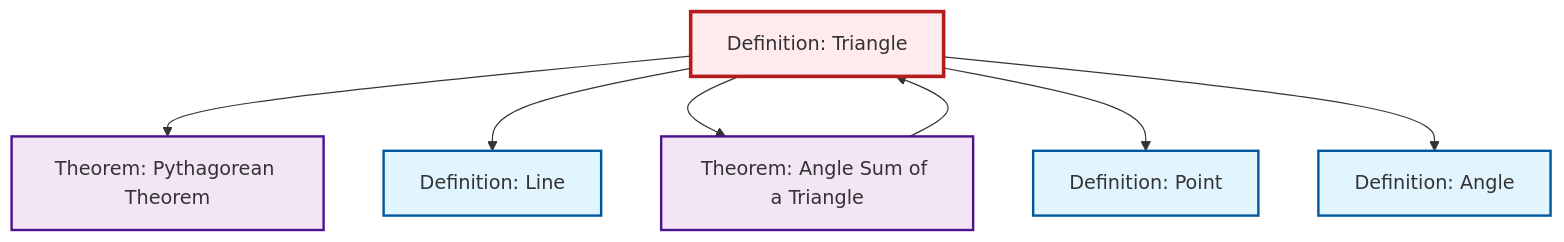
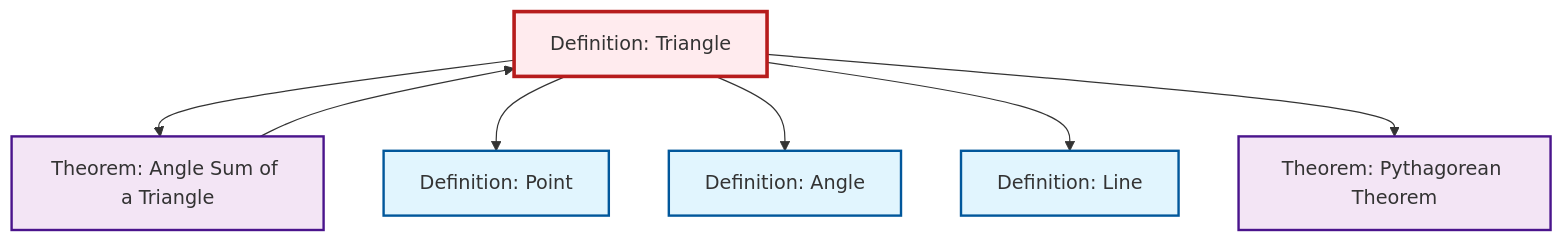
One commit to RK0429/ModernMath changed the diagram in output/mermaid/def-triangle.mermaid. Above: the diagram before and after it, drawn with Mermaid. The commit also changed other lines of this file and 1124 other files, not shown here.

````diff
--- a/output/mermaid/def-triangle.mermaid
+++ b/output/mermaid/def-triangle.mermaid
@@ -1,22 +1,22 @@
 ```{mermaid}
 %%| fig-cap: "Local dependency graph"
 graph TD
     classDef definition fill:#e1f5fe,stroke:#01579b,stroke-width:2px
     classDef theorem fill:#f3e5f5,stroke:#4a148c,stroke-width:2px
     classDef axiom fill:#fff3e0,stroke:#e65100,stroke-width:2px
     classDef example fill:#e8f5e9,stroke:#1b5e20,stroke-width:2px
     classDef current fill:#ffebee,stroke:#b71c1c,stroke-width:3px
     def-triangle["Definition: Triangle"]:::definition
+    def-line["Definition: Line"]:::definition
+    def-angle["Definition: Angle"]:::definition
     def-point["Definition: Point"]:::definition
-    def-line["Definition: Line"]:::definition
+    thm-angle-sum-triangle["Theorem: Angle Sum of a Triangle"]:::theorem
     thm-pythagorean["Theorem: Pythagorean Theorem"]:::theorem
-    thm-angle-sum-triangle["Theorem: Angle Sum of a Triangle"]:::theorem
-    def-angle["Definition: Angle"]:::definition
+    def-triangle --> thm-angle-sum-triangle
+    def-triangle --> def-point
+    thm-angle-sum-triangle --> def-triangle
+    def-triangle --> def-angle
+    def-triangle --> def-line
     def-triangle --> thm-pythagorean
-    def-triangle --> def-line
-    def-triangle --> thm-angle-sum-triangle
-    thm-angle-sum-triangle --> def-triangle
-    def-triangle --> def-point
-    def-triangle --> def-angle
     class def-triangle current
 ```
````
